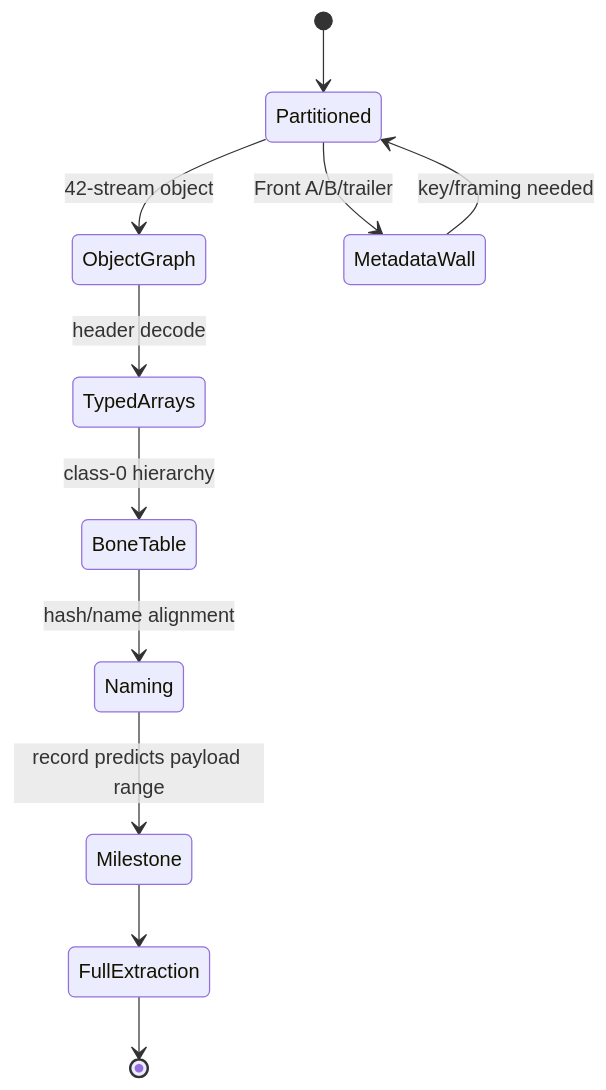
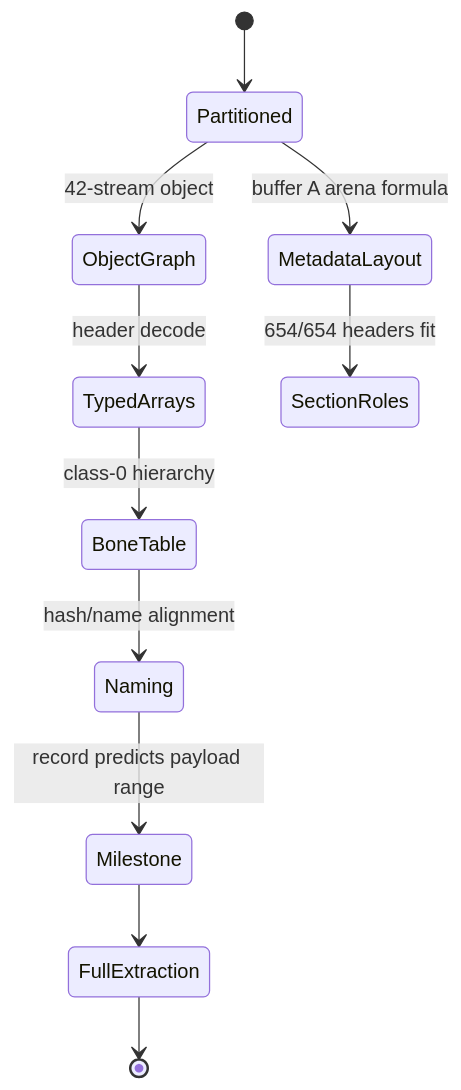
The second of 2 diagrams in docs/roadmap.md (lynxnathan/rage-tools-vi), drawn with Mermaid before and after one commit. The commit also changed other lines of this file, not shown here.

Commit message:
docs: roadmap reflects the recovered layouts instead of the old cipher framing

````diff
--- a/docs/roadmap.md
+++ b/docs/roadmap.md
@@ -36,13 +36,13 @@
 ```mermaid
 stateDiagram-v2
     [*] --> Partitioned
     Partitioned --> ObjectGraph: 42-stream object
     ObjectGraph --> TypedArrays: header decode
     TypedArrays --> BoneTable: class-0 hierarchy
     BoneTable --> Naming: hash/name alignment
     Naming --> Milestone: record predicts payload range
     Milestone --> FullExtraction
-    Partitioned --> MetadataWall: Front A/B/trailer
-    MetadataWall --> Partitioned: key/framing needed
+    Partitioned --> MetadataLayout: buffer A arena formula
+    MetadataLayout --> SectionRoles: 654/654 headers fit
     FullExtraction --> [*]
 ```
````
